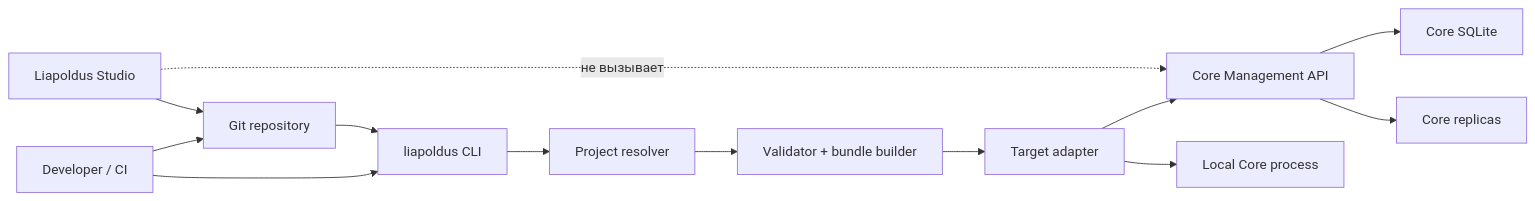
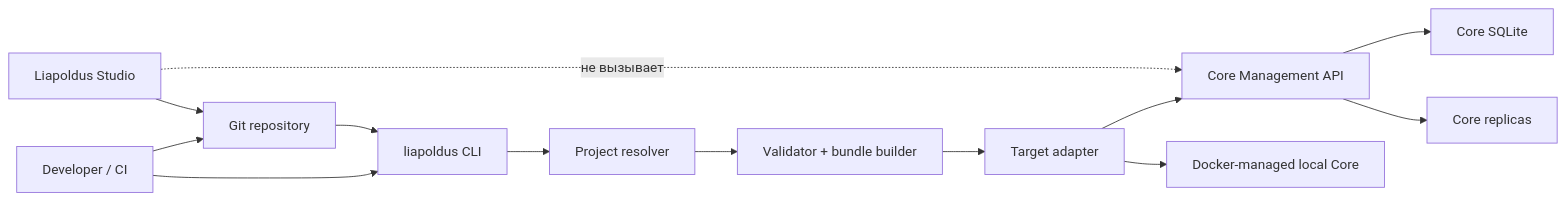
One commit to Liapoldus/cli changed the diagram in docs/architecture.md. Above: the diagram before and after it, drawn with Mermaid. The commit also changed other lines of this file and 48 other files, not shown here.

````diff
--- a/docs/architecture.md
+++ b/docs/architecture.md
@@ -5,15 +5,15 @@
 ```mermaid
 flowchart LR
     U["Developer / CI"] --> G["Git repository"]
     U --> CLI["liapoldus CLI"]
     G --> CLI
     CLI --> P["Project resolver"]
     P --> V["Validator + bundle builder"]
     V --> T["Target adapter"]
     T --> API["Core Management API"]
-    T --> LC["Local Core process"]
+    T --> LC["Docker-managed local Core"]
     API --> DB["Core SQLite"]
     API --> R["Core replicas"]
     S["Liapoldus Studio"] --> G
     S -. "не вызывает" .-> API
 ```
````
